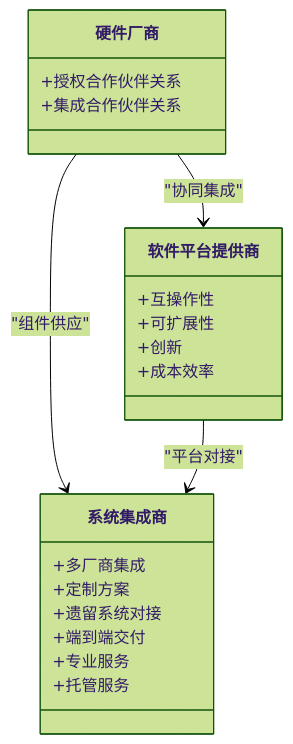
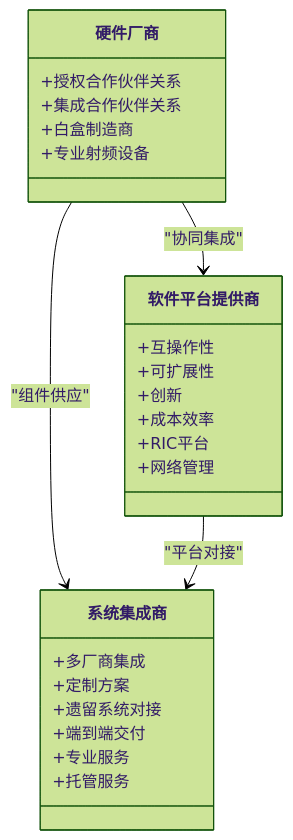
The third of 7 diagrams in .qoder/repowiki/zh/content/生态合作/合作伙伴分类.md (allengaller/oran-database), drawn with Mermaid (forest theme) before and after one commit. The commit also changed other lines of this file and 372 other files, not shown here.

````diff
--- a/.qoder/repowiki/zh/content/生态合作/合作伙伴分类.md
+++ b/.qoder/repowiki/zh/content/生态合作/合作伙伴分类.md
@@ -124,24 +163,28 @@
 ```mermaid
 classDiagram
 class 硬件厂商 {
 +授权合作伙伴关系
 +集成合作伙伴关系
++白盒制造商
++专业射频设备
 }
 class 软件平台提供商 {
 +互操作性
 +可扩展性
 +创新
 +成本效率
++RIC平台
++网络管理
 }
 class 系统集成商 {
 +多厂商集成
 +定制方案
 +遗留系统对接
 +端到端交付
 +专业服务
 +托管服务
 }
 硬件厂商 --> 软件平台提供商 : "协同集成"
 硬件厂商 --> 系统集成商 : "组件供应"
 软件平台提供商 --> 系统集成商 : "平台对接"
 ```
````
